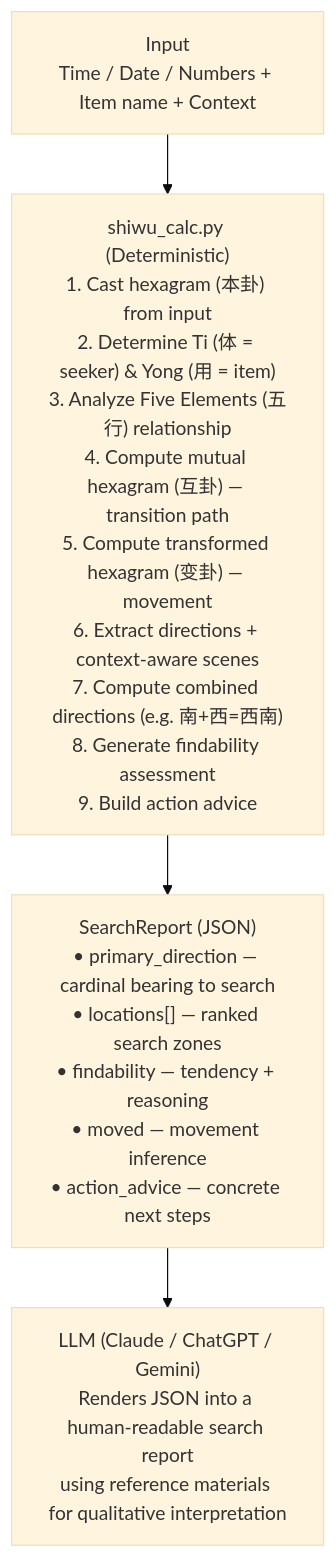
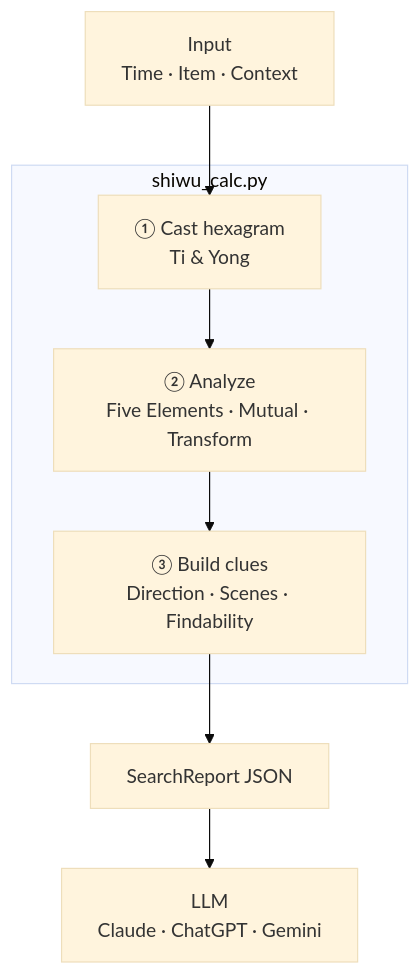
The first of 2 diagrams in README.md (raphaelxie/dowsing), drawn with Mermaid (base theme) before and after one commit. The commit also changed other lines of this file, not shown here.

Commit message:
Improve mermaid diagrams with subgraph layout and structured engine steps

````diff
--- a/README.md
+++ b/README.md
@@ -113,9 +113,17 @@
 ```mermaid
 flowchart TD
-    input["Input<br/>Time / Date / Numbers + Item name + Context"]
-    calc["shiwu_calc.py (Deterministic)<br/>1. Cast hexagram (本卦) from input<br/>2. Determine Ti (体 = seeker) & Yong (用 = item)<br/>3. Analyze Five Elements (五行) relationship<br/>4. Compute mutual hexagram (互卦) — transition path<br/>5. Compute transformed hexagram (变卦) — movement<br/>6. Extract directions + context-aware scenes<br/>7. Compute combined directions (e.g. 南+西=西南)<br/>8. Generate findability assessment<br/>9. Build action advice"]
-    report["SearchReport (JSON)<br/>• primary_direction — cardinal bearing to search<br/>• locations[] — ranked search zones<br/>• findability — tendency + reasoning<br/>• moved — movement inference<br/>• action_advice — concrete next steps"]
-    llm["LLM (Claude / ChatGPT / Gemini)<br/>Renders JSON into a human-readable search report<br/>using reference materials for qualitative interpretation"]
+    input["Input<br/>Time · Item · Context"]
 
-    input --> calc --> report --> llm
+    subgraph engine["shiwu_calc.py"]
+        c1["① Cast hexagram<br/>Ti & Yong"]
+        c2["② Analyze<br/>Five Elements · Mutual · Transform"]
+        c3["③ Build clues<br/>Direction · Scenes · Findability"]
+        c1 --> c2 --> c3
+    end
+
+    report["SearchReport JSON"]
+    llm["LLM<br/>Claude · ChatGPT · Gemini"]
+
+    input --> c1
+    c3 --> report --> llm
 ```
````
